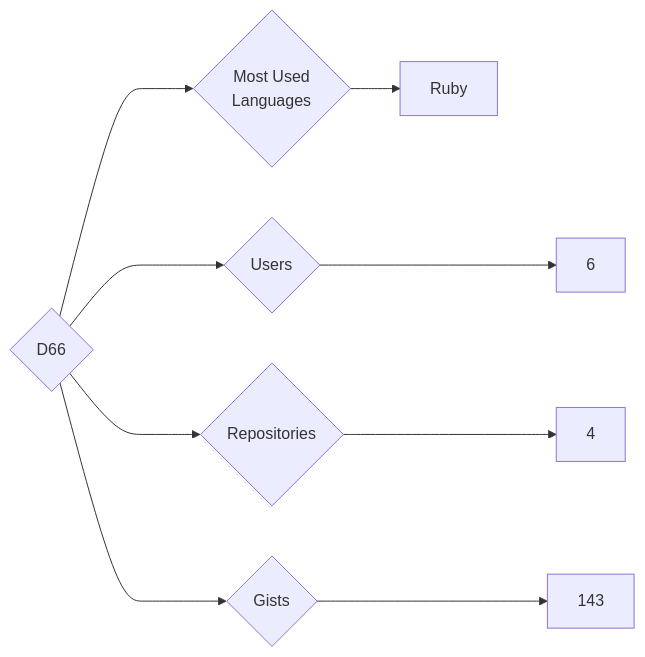
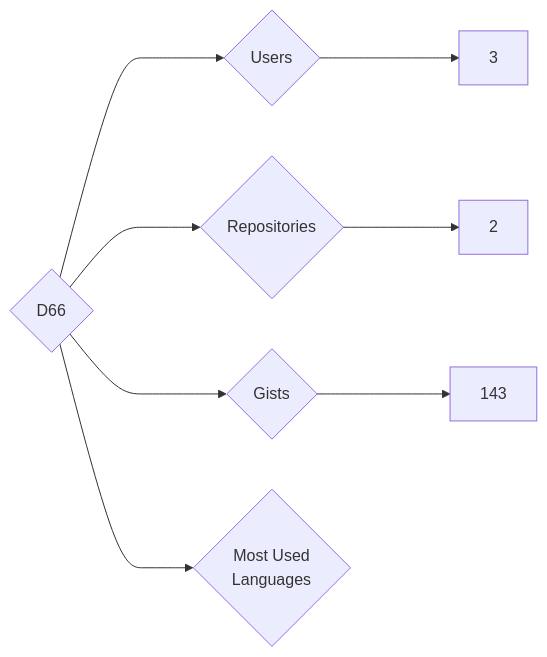
One commit to trickest/insiders changed the diagram in targets/D66/README.md. Above: the diagram before and after it, drawn with Mermaid. The commit also changed 775 other files, not shown here.

````diff
--- a/targets/D66/README.md
+++ b/targets/D66/README.md
@@ -3,9 +3,8 @@
 ```mermaid
 graph LR
 COMPANY_NAME{D66}
-COMPANY_NAME ---> U{Users} ---> UN[6]
-COMPANY_NAME ---> R{Repositories} ---> RN[4]
+COMPANY_NAME ---> U{Users} ---> UN[3]
+COMPANY_NAME ---> R{Repositories} ---> RN[2]
 COMPANY_NAME ---> G{Gists} ---> GN[143]
 COMPANY_NAME ---> ML{Most Used<br>Languages}
-ML --> Ruby[Ruby]
 ```
````
